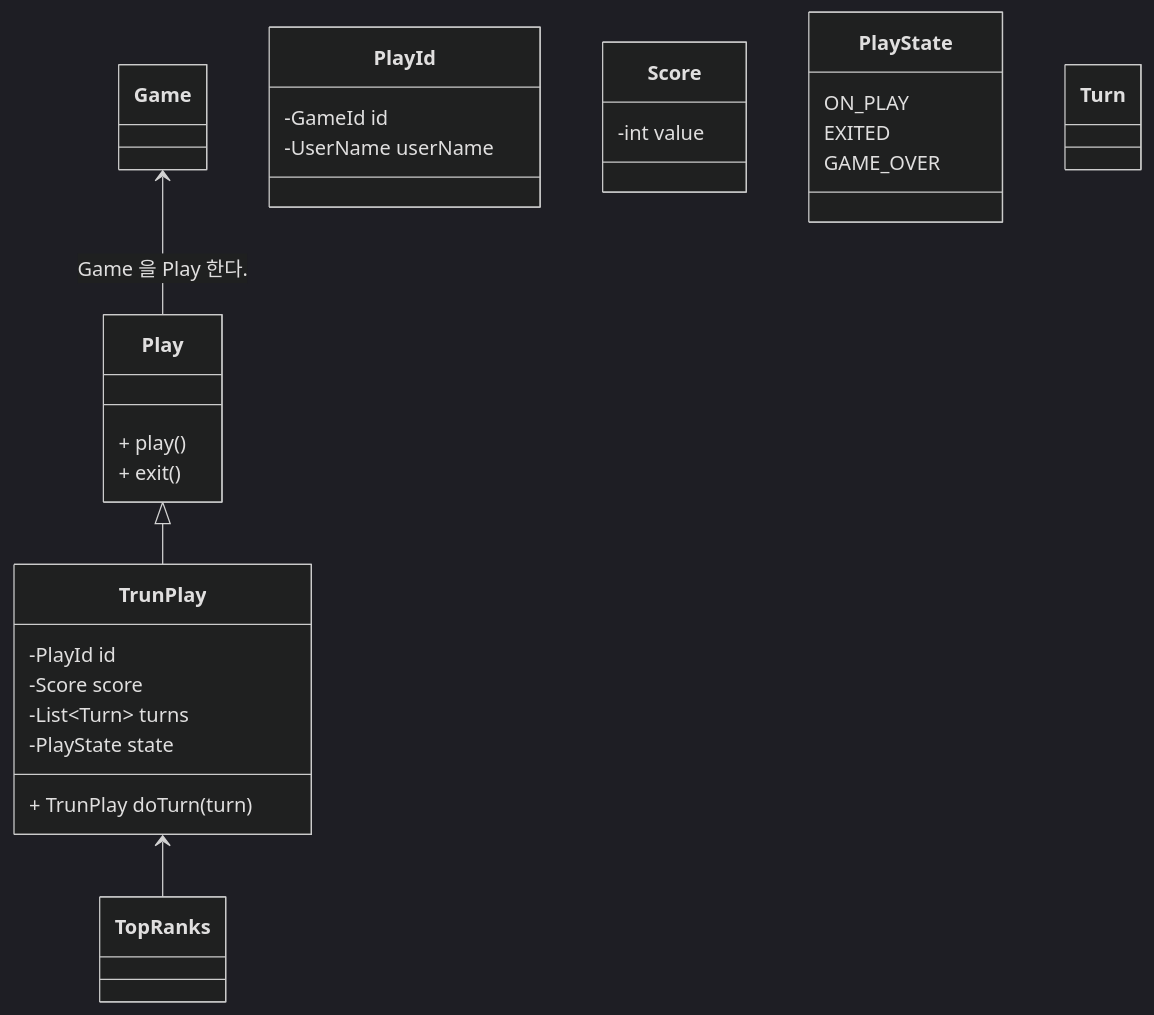
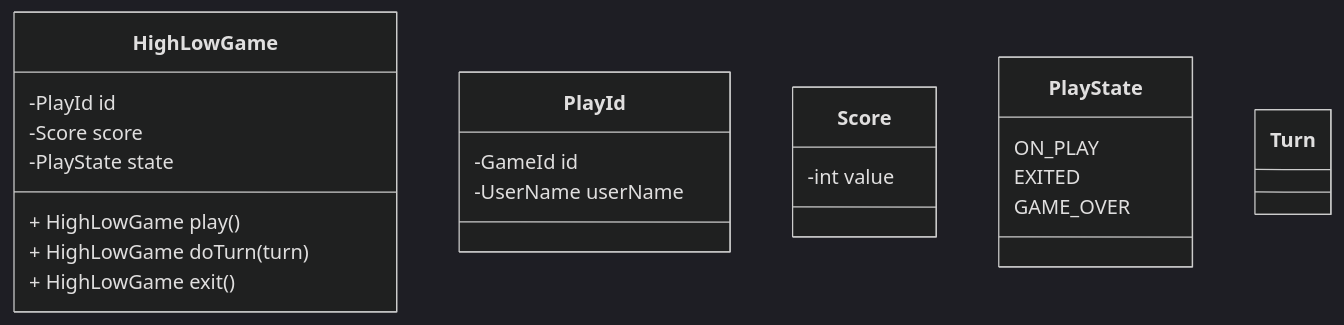
Before and after one commit to yangwansu/play-the-games: the diagram in README.md, drawn with Mermaid (dark theme). The commit also changed other lines of this file, not shown here.

````diff
--- a/README.md
+++ b/README.md
@@ -22,44 +56,36 @@
 ```mermaid
 classDiagram
-Play <|-- TrunPlay
-Game <-- Play : Game 을 Play 한다.
-TrunPlay <-- TopRanks
 
-class Play{
-  + play()
-  + exit()
-}
-
-
-class TrunPlay {
+class HighLowGame {
  -PlayId id
  -Score score
- -List~Turn~ turns
  -PlayState state
- + TrunPlay doTurn(turn)
+ + HighLowGame play()
+ + HighLowGame doTurn(turn)
+ + HighLowGame exit()
 }
 
 class PlayId {
  -GameId id
  -UserName userName
 }
 
 class Score {
  -int value
 }
 
 class PlayState {
  ON_PLAY
  EXITED
  GAME_OVER
 }
 
 class Turn {
   
 }
 
 
 
 
   
 ```
````
